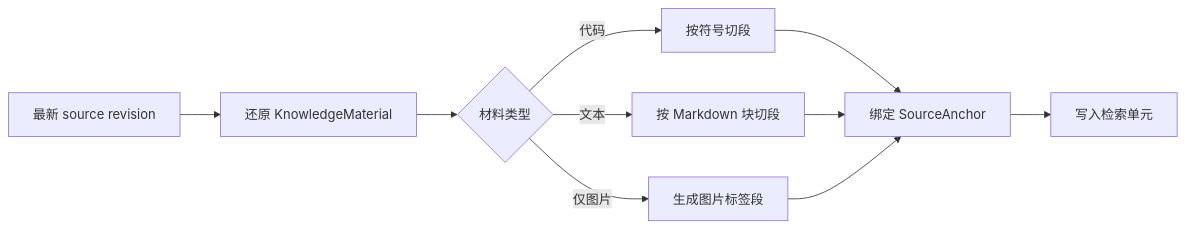
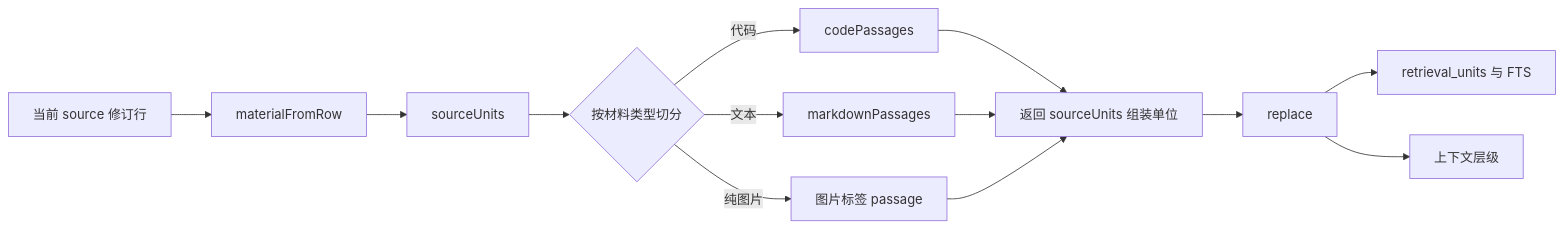
Before and after one commit to lejunyang/omem: the diagram in .repo-review/knowledge/articles/130cdb6c662c51b13762227a6e5989994935a42467c7e55412ace7eb689e1d4f.md, drawn with Mermaid. The commit also changed other lines of this file and 1 other file, not shown here.

Commit message:
refresh retrieval projection note after owner-batched FTS replacement

````diff
--- a/.repo-review/knowledge/articles/130cdb6c662c51b13762227a6e5989994935a42467c7e55412ace7eb689e1d4f.md
+++ b/.repo-review/knowledge/articles/130cdb6c662c51b13762227a6e5989994935a42467c7e55412ace7eb689e1d4f.md
@@ -19,12 +19,15 @@
 ```mermaid
 flowchart LR
-  A[最新 source revision] --> B[还原 KnowledgeMaterial]
-  B --> C{材料类型}
-  C -->|代码| D[按符号切段]
-  C -->|文本| E[按 Markdown 块切段]
-  C -->|仅图片| F[生成图片标签段]
-  D --> G[绑定 SourceAnchor]
-  E --> G
-  F --> G
-  G --> H[写入检索单元]
+  A[当前 source 修订行] --> B[materialFromRow]
+  B --> C[sourceUnits]
+  C --> D{按材料类型切分}
+  D -->|代码| E[codePassages]
+  D -->|文本| F[markdownPassages]
+  D -->|纯图片| G[图片标签 passage]
+  E --> H[返回 sourceUnits 组装单位]
+  F --> H
+  G --> H
+  H --> I[replace]
+  I --> J[retrieval_units 与 FTS]
+  I --> K[上下文层级]
 ```
````
